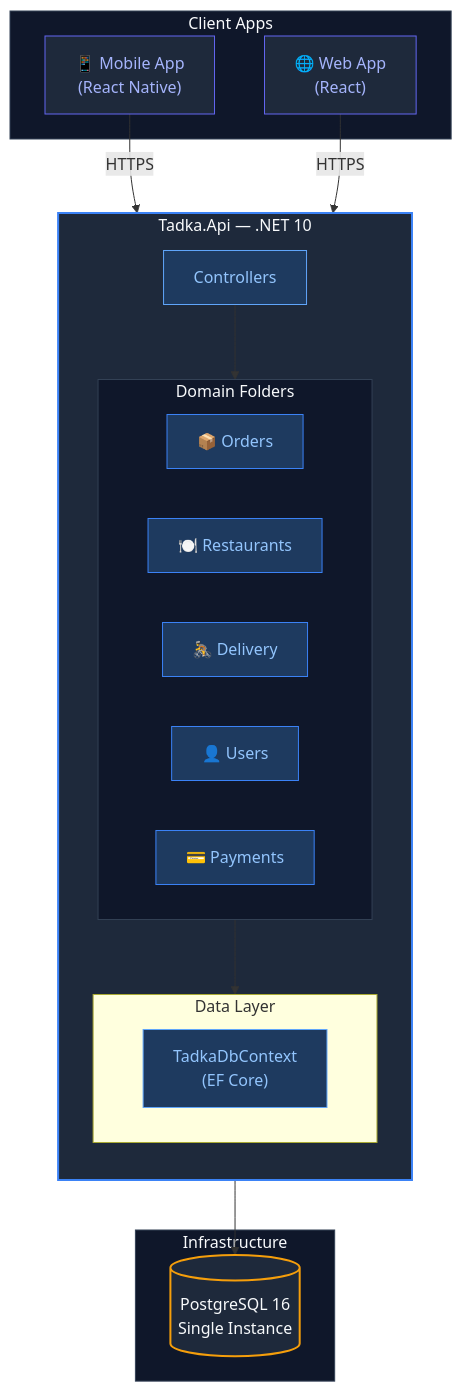
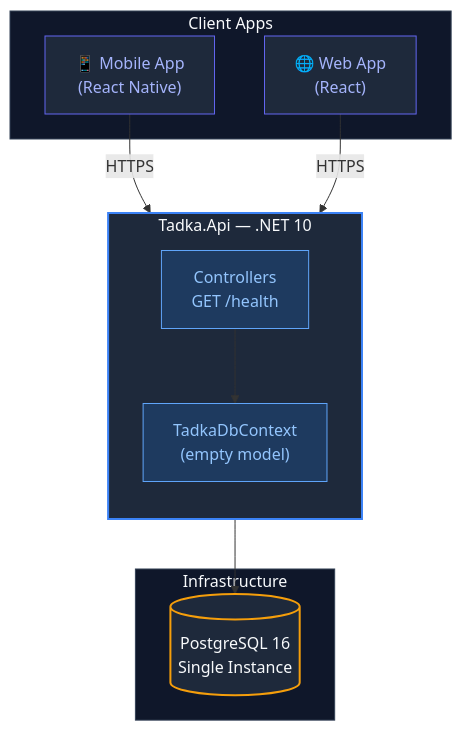
The diagram in docs/diagrams/day-01-monolith-architecture.md (desiarchitect/tadka-cohort), drawn with Mermaid before and after one commit. The commit also changed other lines of this file and 31 other files, not shown here.

First line of the commit message:
day-01: match canon scaffold — liveness /health, no Domain leakage

````diff
--- a/docs/diagrams/day-01-monolith-architecture.md
+++ b/docs/diagrams/day-01-monolith-architecture.md
@@ -7,51 +7,31 @@
 ```mermaid
 graph TB
     subgraph Clients["Client Apps"]
         mobile["📱 Mobile App<br/>(React Native)"]
         web["🌐 Web App<br/>(React)"]
     end
 
     subgraph api["Tadka.Api — .NET 10"]
         direction TB
-        controllers["Controllers"]
-        
-        subgraph domains["Domain Folders"]
-            direction LR
-            orders["📦 Orders"]
-            restaurants["🍽️ Restaurants"]
-            delivery["🚴 Delivery"]
-            users["👤 Users"]
-            payments["💳 Payments"]
-        end
-        
-        subgraph data["Data Layer"]
-            dbcontext["TadkaDbContext<br/>(EF Core)"]
-        end
-        
-        controllers --> domains
-        domains --> data
+        controllers["Controllers<br/>GET /health"]
+        dbcontext["TadkaDbContext<br/>(empty model)"]
+        controllers --> dbcontext
     end
 
     subgraph infra["Infrastructure"]
         postgres[("PostgreSQL 16<br/>Single Instance")]
     end
 
     mobile -->|HTTPS| api
     web -->|HTTPS| api
-    data --> postgres
+    dbcontext --> postgres
 
     style api fill:#1e293b,stroke:#3b82f6,stroke-width:2px,color:#f8fafc
-    style domains fill:#0f172a,stroke:#334155,color:#f8fafc
     style infra fill:#0f172a,stroke:#334155,color:#f8fafc
     style Clients fill:#0f172a,stroke:#334155,color:#f8fafc
     style postgres fill:#1e293b,stroke:#f59e0b,stroke-width:2px,color:#f8fafc
-    style orders fill:#1e3a5f,stroke:#3b82f6,color:#93c5fd
-    style restaurants fill:#1e3a5f,stroke:#3b82f6,color:#93c5fd
-    style delivery fill:#1e3a5f,stroke:#3b82f6,color:#93c5fd
-    style users fill:#1e3a5f,stroke:#3b82f6,color:#93c5fd
-    style payments fill:#1e3a5f,stroke:#3b82f6,color:#93c5fd
     style controllers fill:#1e3a5f,stroke:#60a5fa,color:#93c5fd
     style dbcontext fill:#1e3a5f,stroke:#60a5fa,color:#93c5fd
     style mobile fill:#1e293b,stroke:#6366f1,color:#a5b4fc
     style web fill:#1e293b,stroke:#6366f1,color:#a5b4fc
 ```
````
